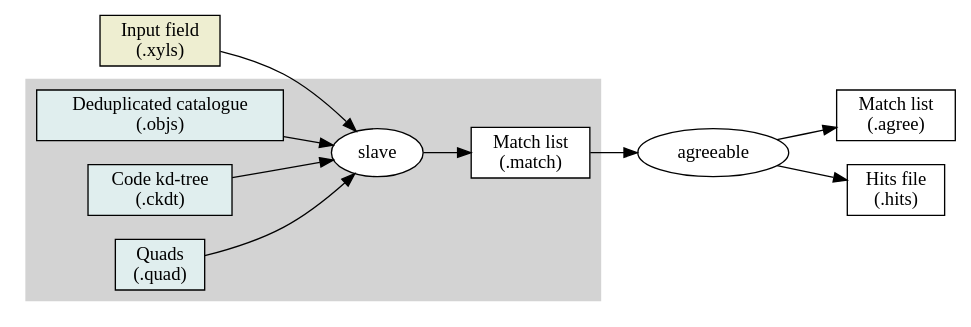
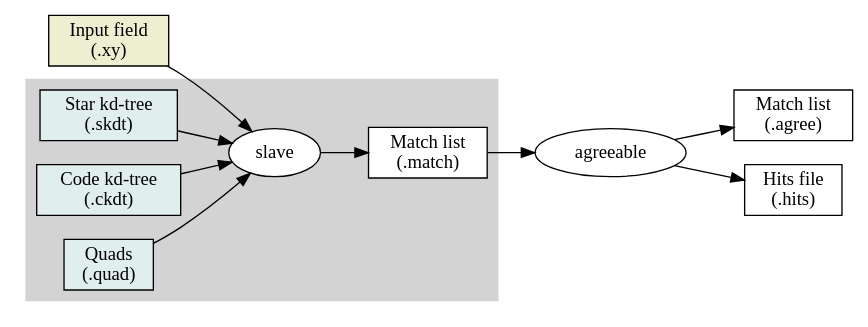
Before and after one commit to blackball/an-test6: the diagram in src/quads/pipeline2.dot, drawn with Graphviz. The commit also changed 3 other files, not shown here.

```diff
--- a/src/quads/pipeline2.dot
+++ b/src/quads/pipeline2.dot
@@ -1,42 +1,44 @@
 graph solvepipeline {
 	graph [ rankdir = LR ];
 	node [ shape=box ];
 	edge [ dir=forward ];
 	node [ style=filled, fillcolor=lightyellow2 ];
-	xyls [ label="Input field\n(.xyls)" ];
+	xyls [ label="Input field\n(.xy)" ];
 	subgraph cluster_0 {
 		style=filled;
 		color=lightgrey;
 		node [ style=filled, fillcolor=azure2 ];
-		objs [ label="Deduplicated catalogue\n(.objs)" ];
+		skdt [ label="Star kd-tree\n(.skdt)" ];
 		ckdt [ label="Code kd-tree\n(.ckdt)" ];
 		quad [ label="Quads\n(.quad)" ];
 		node [ style=filled, fillcolor=white ];
 		match [ label="Match list\n(.match)" ];
 
 		node [ shape=ellipse ];
 		slave [ label="slave" ];
 
-		objs -- slave
+		skdt -- slave
 		ckdt -- slave
 		quad -- slave
 
 		slave -- match
 	} 
 	xyls -- slave
 	node [ shape=box fillcolor=white ];
 	agree [ label="Match list\n(.agree)" ];
 	hits [ label="Hits file\n(.hits)" ];
 	
 	node [ shape=ellipse ];
 	match -- agreeable
 	agreeable -- agree
 	agreeable -- hits
 }
 
 // render with:
-//   dot -Tps2 -o pipeline2.ps pipeline2.dot
+//   dot -Tps2 -o pipeline2.eps pipeline2.dot
+//   epstopng pipeline2.eps
+
 // to get bounding box:
 //   gs -q -dNOPAUSE -dBATCH -dTextAlphaBits=4 -dGraphicsAlphaBits=4 -sDEVICE=bbox pipeline2.ps
 // to render as png:
 //   gs -q -dNOPAUSE -dBATCH -dTextAlphaBits=4 -dGraphicsAlphaBits=4 -sDEVICE=png16m -sOutputFile=pipeline2.png -g355x225 pipeline2.ps
```
